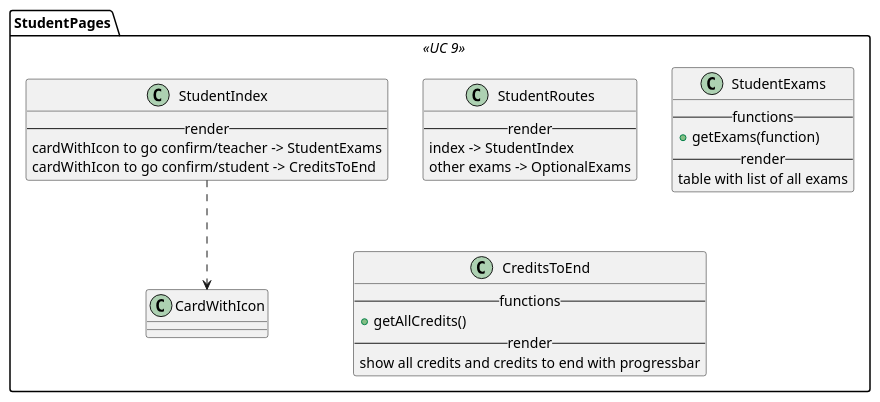
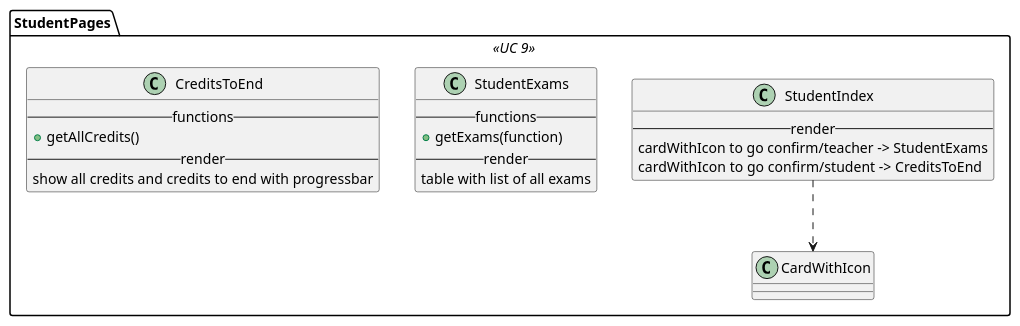
Before and after one commit to M9k/Marvin-Uml: the diagram in react/student/index.iuml, drawn with PlantUML. The commit also changed 11 other files, not shown here.

```diff
--- a/react/student/index.iuml
+++ b/react/student/index.iuml
@@ -1,28 +1,24 @@
 package StudentPages <<UC 9>> {
 
-class StudentRoutes{
---render--
- index -> StudentIndex
- other exams -> OptionalExams
-}
-
 class StudentIndex{
---render--
-    cardWithIcon to go confirm/teacher -> StudentExams
-    cardWithIcon to go confirm/student -> CreditsToEnd
+    --render--
+        cardWithIcon to go confirm/teacher -> StudentExams
+        cardWithIcon to go confirm/student -> CreditsToEnd
 }
 StudentIndex ..> CardWithIcon
 
 class StudentExams{
---functions--
-    + getExams(function)
---render--
-    table with list of all exams
+    --functions--
+        + getExams(function)
+    --render--
+        table with list of all exams
 }
 
 class CreditsToEnd{
---functions--
- +getAllCredits()
---render--
-show all credits and credits to end with progressbar
+    --functions--
+        +getAllCredits()
+    --render--
+        show all credits and credits to end with progressbar
 }
+
+}
```
